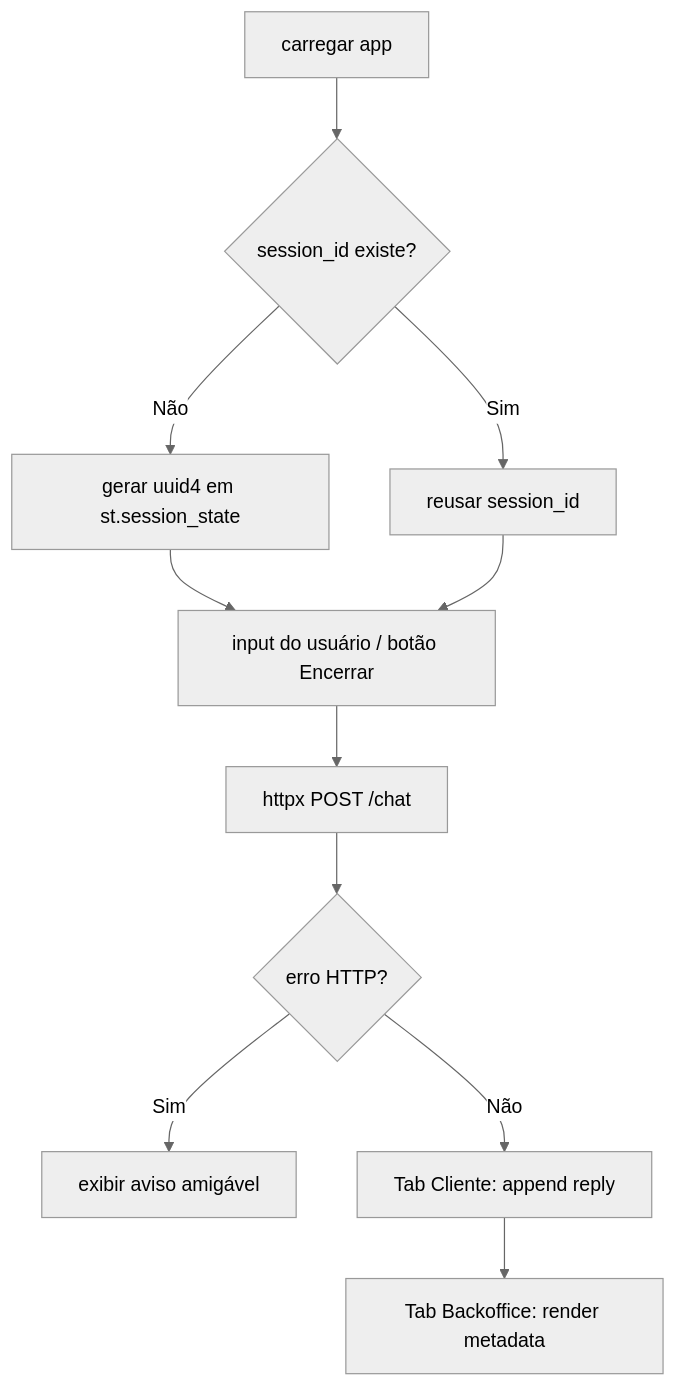
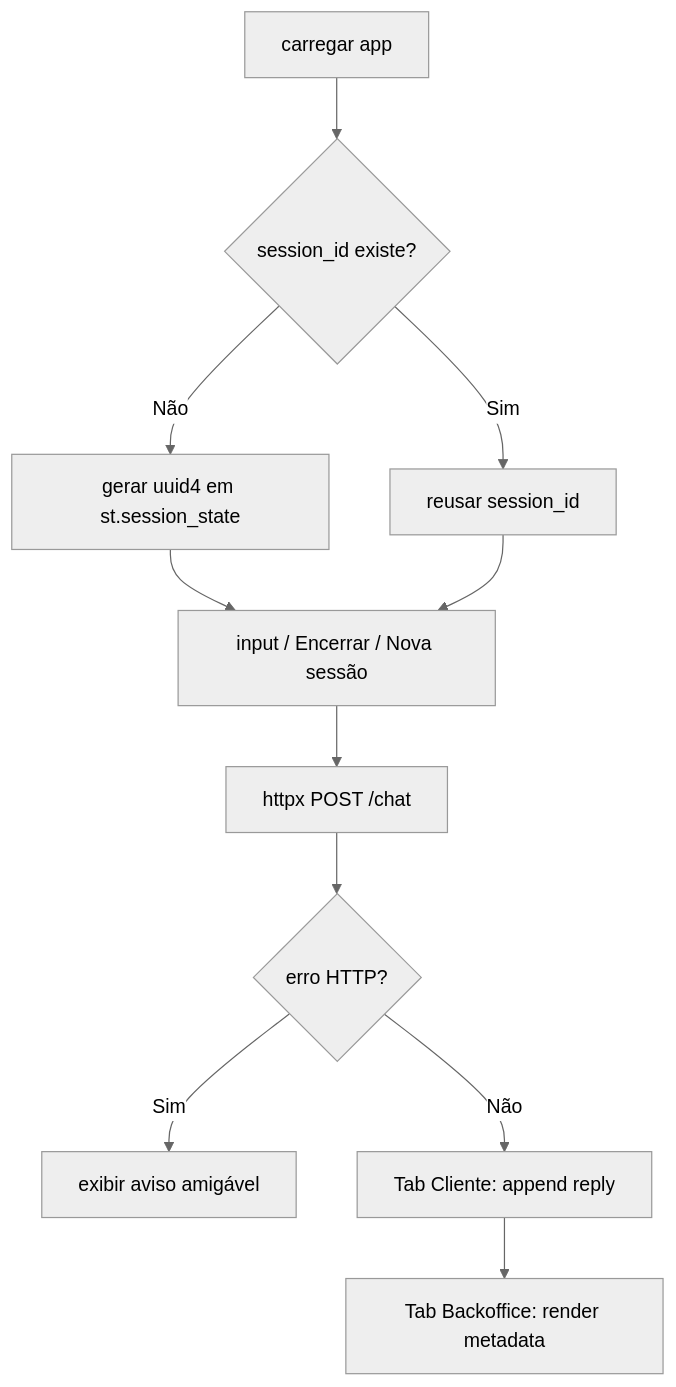
One commit to holdenoffmenn/desafio-t4h changed the third of 3 diagrams in docs/fluxogramas/parte-3-api-ui.md. Above: the diagram before and after it, drawn with Mermaid (neutral theme). The commit also changed other lines of this file and 1 other file, not shown here.

First line of the commit message:
docs: mark Part 3 flowcharts validated and document API/UI setup

````diff
--- a/docs/fluxogramas/parte-3-api-ui.md
+++ b/docs/fluxogramas/parte-3-api-ui.md
@@ -47,13 +55,13 @@
 ```mermaid
 flowchart TD
     A[carregar app] --> SID{session_id existe?}
     SID -- Não --> GEN[gerar uuid4 em st.session_state]
     SID -- Sim --> USE[reusar session_id]
-    GEN --> IN[input do usuário / botão Encerrar]
+    GEN --> IN[input / Encerrar / Nova sessão]
     USE --> IN
     IN --> CALL[httpx POST /chat]
     CALL --> HERR{erro HTTP?}
     HERR -- Sim --> MSG[exibir aviso amigável]
     HERR -- Não --> R1[Tab Cliente: append reply]
     R1 --> R2[Tab Backoffice: render metadata]
 ```
````
